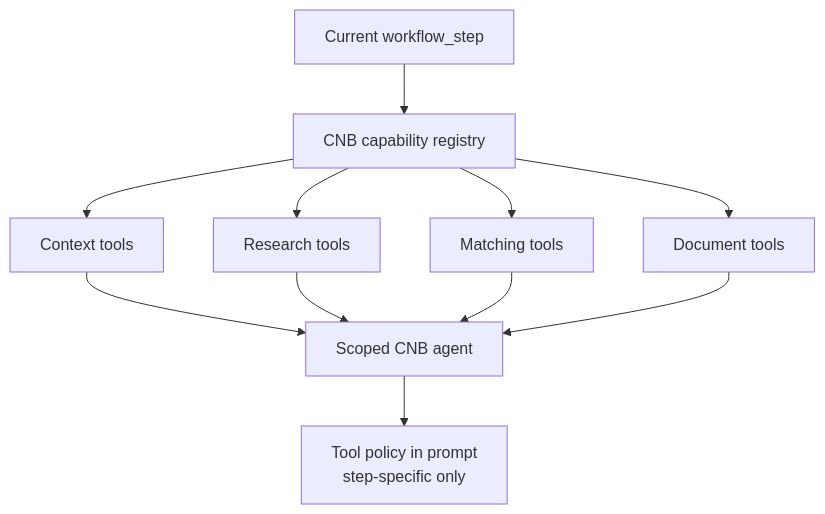
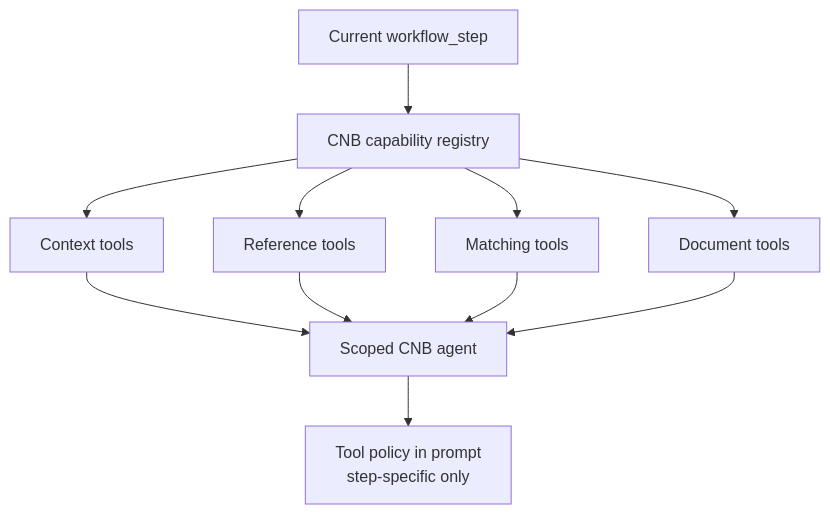
Before and after one commit to Open-Earth-Foundation/CityCatalyst: diagram 13 of 14 in docs/ConceptNoteBuilderArchitecture.md, drawn with Mermaid. The commit also changed other lines of this file, not shown here.

````diff
--- a/docs/ConceptNoteBuilderArchitecture.md
+++ b/docs/ConceptNoteBuilderArchitecture.md
@@ -1281,15 +1306,15 @@
 ```mermaid
 flowchart TB
     Step["Current workflow_step"] --> Registry["CNB capability registry"]
     Registry --> ContextTools["Context tools"]
-    Registry --> ResearchTools["Research tools"]
+    Registry --> ReferenceTools["Reference tools"]
     Registry --> MatchingTools["Matching tools"]
     Registry --> DocTools["Document tools"]
 
     ContextTools --> Agent["Scoped CNB agent"]
-    ResearchTools --> Agent
+    ReferenceTools --> Agent
     MatchingTools --> Agent
     DocTools --> Agent
 
     Agent --> Rules["Tool policy in prompt<br/>step-specific only"]
 ```
````
